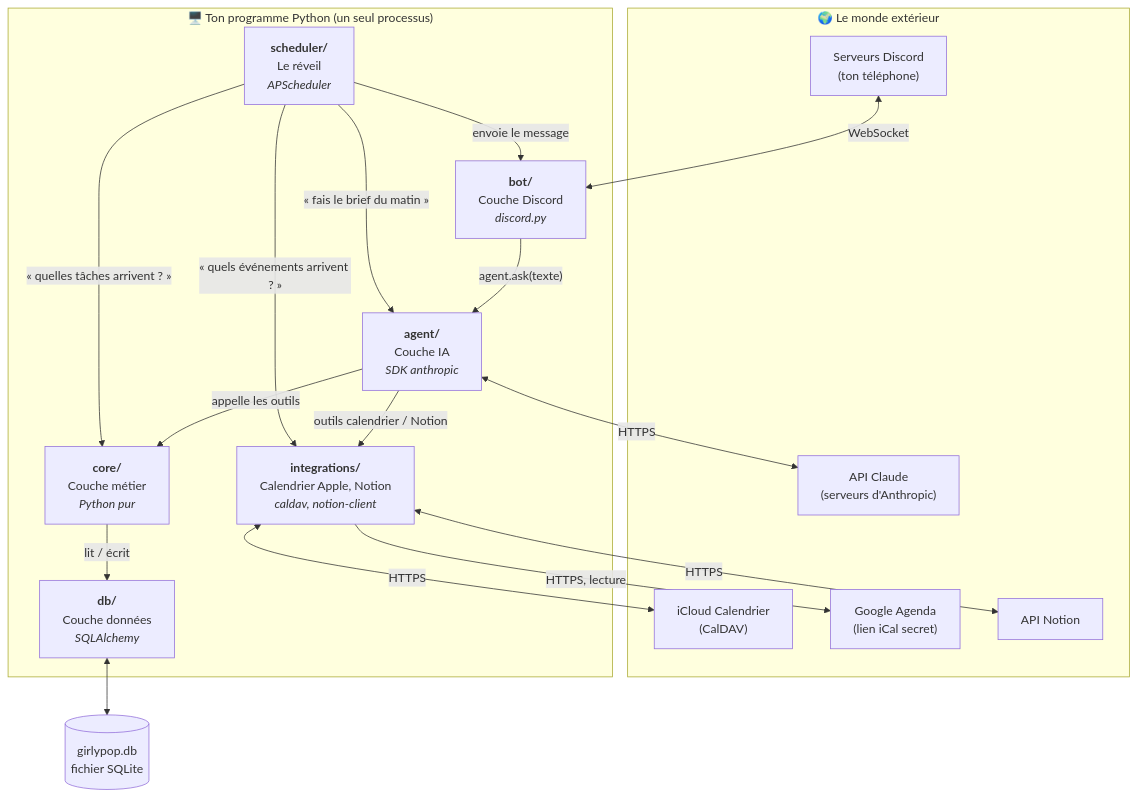
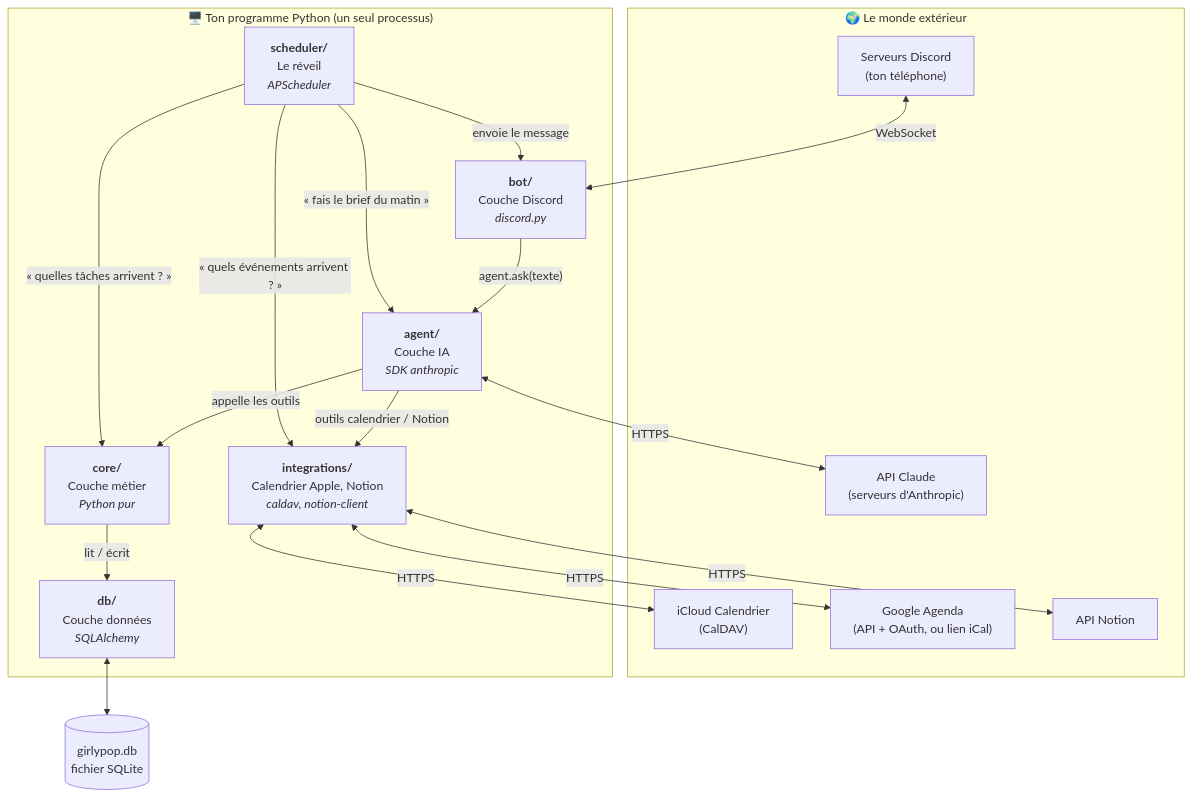
Before and after one commit to Leanak/girly_bot: the first of 5 diagrams in docs/ARCHITECTURE.md, drawn with Mermaid. The commit also changed 15 other files, not shown here.

First line of the commit message:
Google Agenda en lecture et écriture via l'API officielle (OAuth)

````diff
--- a/docs/ARCHITECTURE.md
+++ b/docs/ARCHITECTURE.md
@@ -14,36 +14,36 @@
 ```mermaid
 flowchart TB
     subgraph Ext["🌍 Le monde extérieur"]
         Discord["Serveurs Discord<br/>(ton téléphone)"]
         API["API Claude<br/>(serveurs d'Anthropic)"]
         ICloud["iCloud Calendrier<br/>(CalDAV)"]
-        Google["Google Agenda<br/>(lien iCal secret)"]
+        Google["Google Agenda<br/>(API + OAuth, ou lien iCal)"]
         NotionAPI["API Notion"]
     end
 
     subgraph App["🖥️ Ton programme Python (un seul processus)"]
         Bot["<b>bot/</b><br/>Couche Discord<br/><i>discord.py</i>"]
         Agent["<b>agent/</b><br/>Couche IA<br/><i>SDK anthropic</i>"]
         Core["<b>core/</b><br/>Couche métier<br/><i>Python pur</i>"]
         DB["<b>db/</b><br/>Couche données<br/><i>SQLAlchemy</i>"]
         Sched["<b>scheduler/</b><br/>Le réveil<br/><i>APScheduler</i>"]
         Integ["<b>integrations/</b><br/>Calendrier Apple, Notion<br/><i>caldav, notion-client</i>"]
     end
 
     File[("girlypop.db<br/>fichier SQLite")]
 
     Discord <-->|WebSocket| Bot
     Bot -->|"agent.ask(texte)"| Agent
     Agent <-->|HTTPS| API
     Agent -->|"appelle les outils"| Core
     Core -->|"lit / écrit"| DB
     DB <--> File
     Sched -->|"« fais le brief du matin »"| Agent
     Sched -->|"« quelles tâches arrivent ? »"| Core
     Sched -->|"envoie le message"| Bot
     Agent -->|"outils calendrier / Notion"| Integ
     Sched -->|"« quels événements arrivent ? »"| Integ
     Integ <-->|HTTPS| ICloud
-    Integ -->|"HTTPS, lecture"| Google
+    Integ <-->|HTTPS| Google
     Integ <-->|HTTPS| NotionAPI
 ```
````
